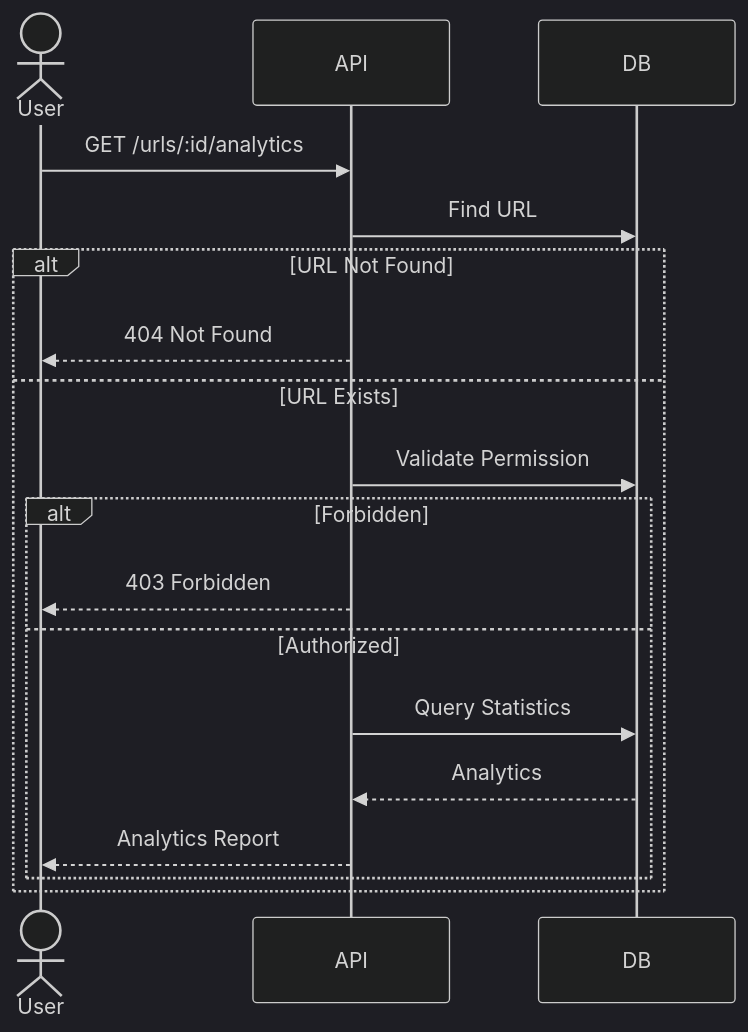
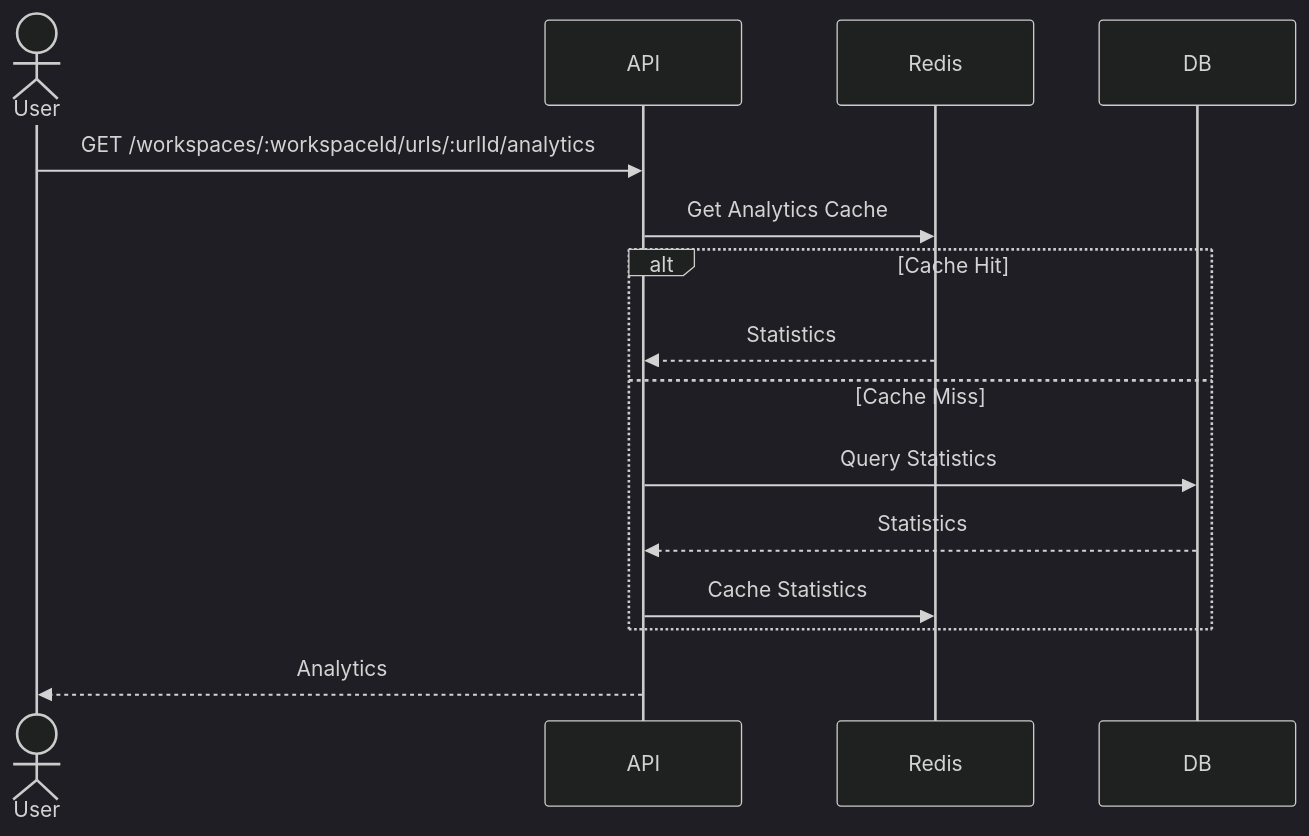
Before and after one commit to datnguyxn/LinkFlow: the eighth of 8 diagrams in docs/architecture/url/URL-Sequence.md, drawn with Mermaid (dark theme). The commit also changed other lines of this file and 53 other files, not shown here.

````diff
--- a/docs/architecture/url/URL-Sequence.md
+++ b/docs/architecture/url/URL-Sequence.md
@@ -307,33 +422,29 @@
 ```mermaid
 sequenceDiagram
 
     actor User
+
     participant API
+    participant Redis
     participant DB
 
-    User->>API: GET /urls/:id/analytics
+    User->>API: GET /workspaces/:workspaceId/urls/:urlId/analytics
 
-    API->>DB: Find URL
+    API->>Redis: Get Analytics Cache
 
-    alt URL Not Found
-        API-->>User: 404 Not Found
+    alt Cache Hit
 
-    else URL Exists
+        Redis-->>API: Statistics
 
-        API->>DB: Validate Permission
+    else Cache Miss
 
-        alt Forbidden
-            API-->>User: 403 Forbidden
+        API->>DB: Query Statistics
 
-        else Authorized
+        DB-->>API: Statistics
 
-            API->>DB: Query Statistics
-
-            DB-->>API: Analytics
-
-            API-->>User: Analytics Report
-
-        end
+        API->>Redis: Cache Statistics
 
     end
+
+    API-->>User: Analytics
 ```
````
